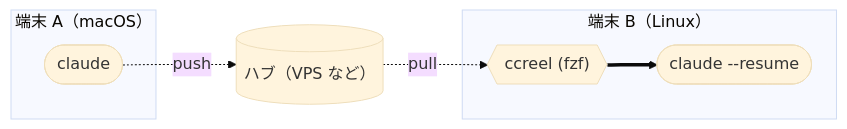
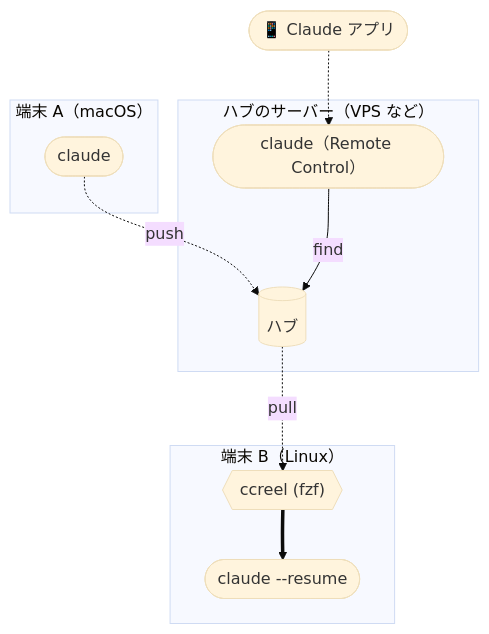
The second of 2 diagrams in README.md (yktsnet/ccreel), drawn with Mermaid (base theme) before and after one commit. The commit also changed other lines of this file and 11 other files, not shown here.

````diff
--- a/README.md
+++ b/README.md
@@ -62,11 +63,16 @@
 ```mermaid
-flowchart LR
+flowchart TD
   subgraph A["端末 A（macOS）"]
     ca(["claude"])
   end
-  hub[("ハブ（VPS など）")]
+  subgraph S["ハブのサーバー（VPS など）"]
+    hub[("ハブ")]
+    rc(["claude（Remote Control）"])
+  end
   subgraph B["端末 B（Linux）"]
     fb{{"ccreel (fzf)"}} ==> rb(["claude --resume"])
   end
+  phone(["📱 Claude アプリ"])
   ca -.->|push| hub -.->|pull| fb
+  phone -.-> rc -->|find| hub
 ```
````
